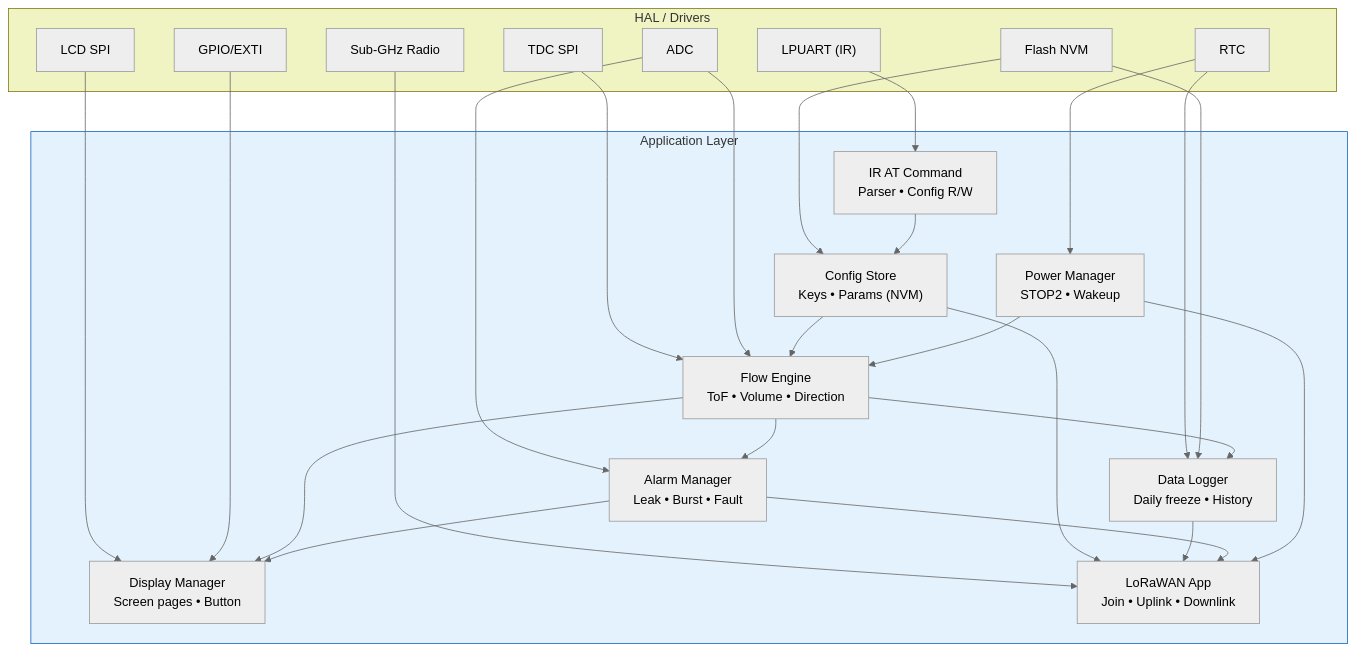
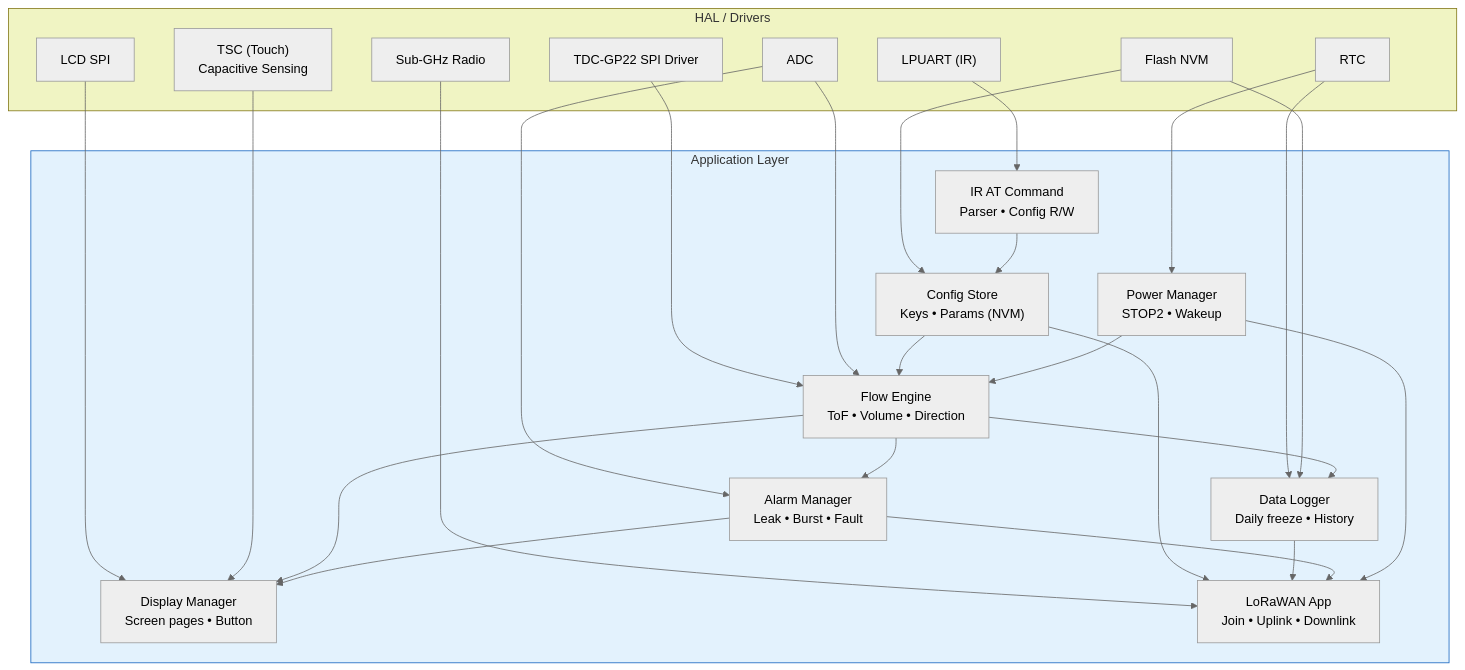
One commit to tuantran0707/WM changed the second of 8 diagrams in documentation/DUT/Firmware_Flowchart_BlockDiagram.md. Above: the diagram before and after it, drawn with Mermaid (neutral theme). The commit also changed other lines of this file, not shown here.

Commit message:
fix main firmware flowchart and TOF flowchart

````diff
--- a/documentation/DUT/Firmware_Flowchart_BlockDiagram.md
+++ b/documentation/DUT/Firmware_Flowchart_BlockDiagram.md
@@ -57,51 +57,51 @@
 ```mermaid
 flowchart TB
     subgraph APP["Application Layer"]
         FLOW["Flow Engine<br/>ToF • Volume • Direction"]
         DISP["Display Manager<br/>Screen pages • Button"]
         IRCMD["IR AT Command<br/>Parser • Config R/W"]
         LWAN["LoRaWAN App<br/>Join • Uplink • Downlink"]
         LOG["Data Logger<br/>Daily freeze • History"]
         ALARM["Alarm Manager<br/>Leak • Burst • Fault"]
         CFG["Config Store<br/>Keys • Params (NVM)"]
         PWR["Power Manager<br/>STOP2 • Wakeup"]
     end
 
     subgraph HAL["HAL / Drivers"]
-        H_TDC["TDC SPI"]
+        H_TDC["TDC-GP22 SPI Driver"]
         H_LCD["LCD SPI"]
         H_IR["LPUART (IR)"]
         H_RF["Sub-GHz Radio"]
         H_RTC["RTC"]
         H_ADC["ADC"]
-        H_GPIO["GPIO/EXTI"]
+        H_TSC["TSC (Touch)<br/>Capacitive Sensing"]
         H_NVM["Flash NVM"]
     end
 
     H_TDC --> FLOW
     H_ADC --> FLOW
     H_ADC --> ALARM
     H_LCD --> DISP
-    H_GPIO --> DISP
+    H_TSC --> DISP
     H_IR --> IRCMD
     H_RF --> LWAN
     H_RTC --> PWR
     H_RTC --> LOG
     H_NVM --> CFG
     H_NVM --> LOG
 
     FLOW --> LOG
     FLOW --> DISP
     FLOW --> ALARM
     CFG --> FLOW
     CFG --> LWAN
     LOG --> LWAN
     ALARM --> LWAN
     ALARM --> DISP
     IRCMD --> CFG
     PWR --> FLOW
     PWR --> LWAN
 
     style APP fill:#e3f2fd,stroke:#1565C0
     style HAL fill:#f0f4c3,stroke:#827717
 ```
````
